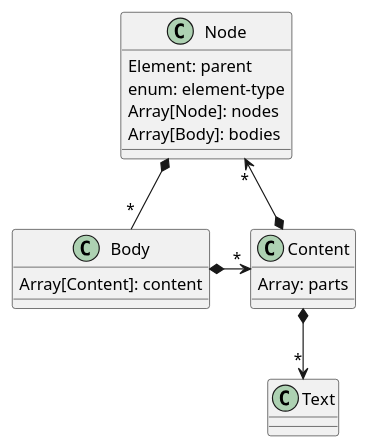
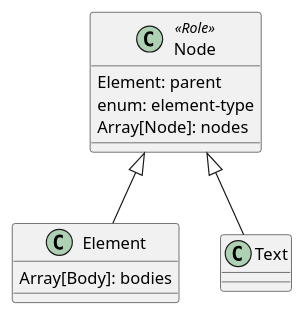
Before and after one commit to MARTIMM/Semi-xml: the second of 2 diagrams in doc/TODO.md, drawn with PlantUML.

Commit message:
new thoughts

````diff
--- a/doc/TODO.md
+++ b/doc/TODO.md
@@ -79,24 +79,17 @@
 ```plantuml
 
-class Node {
+class Node <<Role>>{
   Element: parent
   enum: element-type
   Array[Node]: nodes
+}
+
+class Element {
   Array[Body]: bodies
 }
 
-class Body {
-  Array[Content]: content
-}
+Node <|-- Element
+Node <|-- Text
 
-class Content {
-  Array: parts
-}
-
-Node *- "*" Body
-Body *-> "*" Content
-
-Content *--> "*" Text
-Content *--> "*" Node
 
 ```
````
